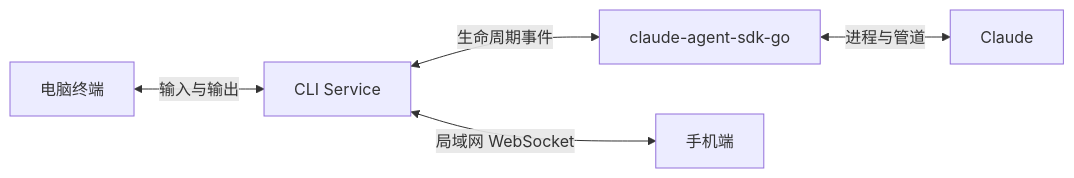
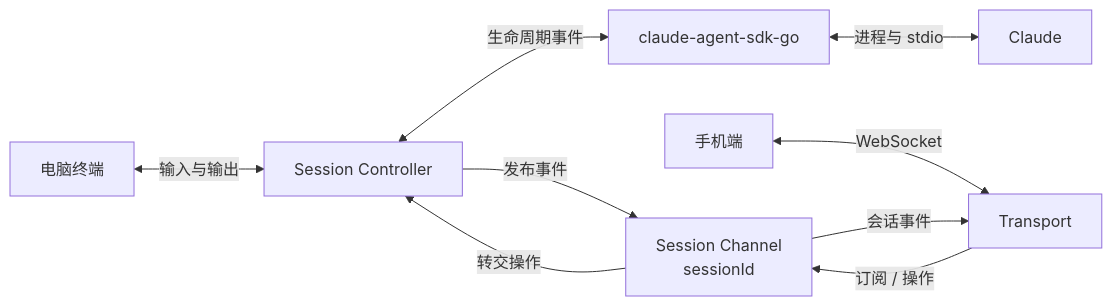
Before and after one commit to tea4go/claude-mobile-remote: the second of 4 diagrams in REQUIREMENTS.md, drawn with Mermaid. The commit also changed other lines of this file and 5 other files, not shown here.

````diff
--- a/REQUIREMENTS.md
+++ b/REQUIREMENTS.md
@@ -37,7 +38,11 @@
 ```mermaid
 flowchart LR
-    U["电脑终端"] <-->|"输入与输出"| C["CLI Service"]
-    C <-->|"生命周期事件"| S["claude-agent-sdk-go"]
-    S <-->|"进程与管道"| A["Claude"]
-    C <-->|"局域网 WebSocket"| M["手机端"]
+    T["电脑终端"] <-->|"输入与输出"| SC["Session Controller"]
+    SC <-->|"生命周期事件"| SDK["claude-agent-sdk-go"]
+    SDK <-->|"进程与 stdio"| A["Claude"]
+    SC -->|"发布事件"| CH["Session Channel<br/>sessionId"]
+    M["手机端"] <-->|"WebSocket"| W["Transport"]
+    W -->|"订阅 / 操作"| CH
+    CH -->|"会话事件"| W
+    CH -->|"转交操作"| SC
 ```
````
